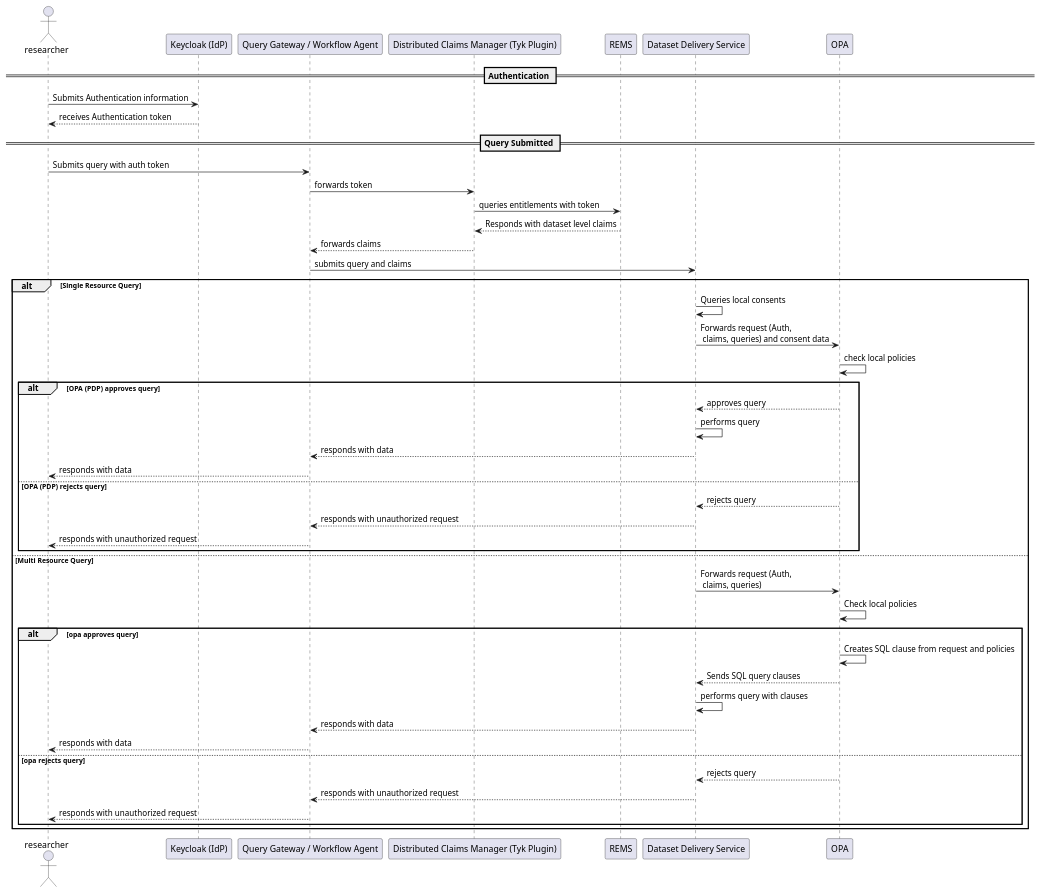
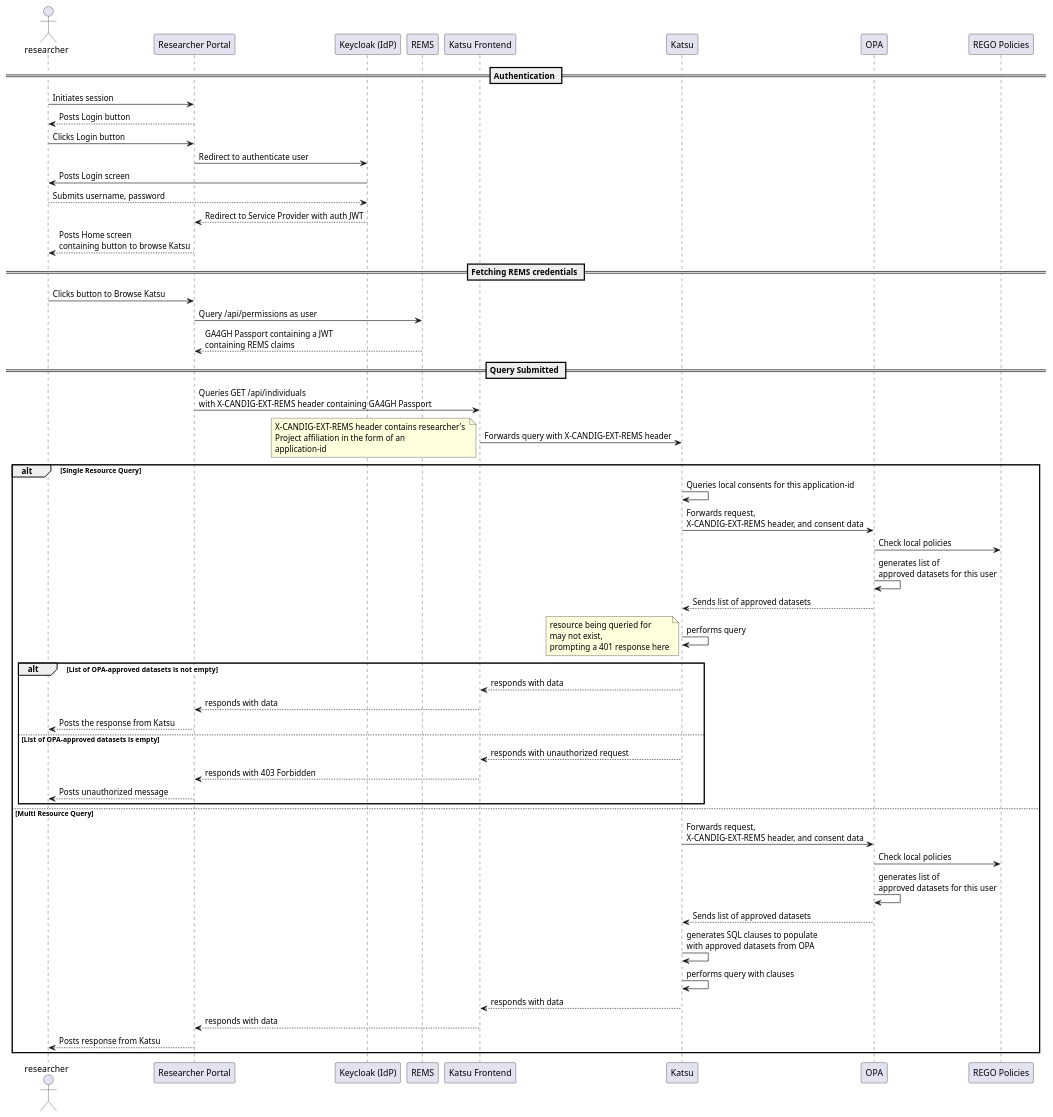
One commit to dycons/design changed the diagram in demo1/diagrams/researcher_query.md. Above: the diagram before and after it, drawn with PlantUML. The commit also changed other lines of this file, not shown here.

Commit message:
Update seq diagram for researcher query to be specific to demo-1 implementation

```diff
--- a/demo1/diagrams/researcher_query.md
+++ b/demo1/diagrams/researcher_query.md
@@ -5,61 +5,73 @@
 @startuml
 actor researcher
-participant "Keycloak (IdP)" as KC
-participant "Query Gateway / Workflow Agent" as tyk
-participant "Distributed Claims Manager (Tyk Plugin)" as tykplug
+participant "Researcher Portal" as rp
+participant "Keycloak (IdP)" as kc
 participant "REMS" as rems
-participant "Dataset Delivery Service" as dds
+participant "Katsu Frontend" as kf
+participant "Katsu" as katsu
 participant "OPA" as opa
+participant "REGO Policies" as rego
 
 == Authentication ==
 
-researcher -> KC : Submits Authentication information
-KC --> researcher : receives Authentication token
+researcher -> rp : Initiates session
+rp --> researcher : Posts Login button
+researcher -> rp : Clicks Login button
+rp -> kc : Redirect to authenticate user
+kc -> researcher : Posts Login screen
+researcher --> kc : Submits username, password
+kc --> rp : Redirect to Service Provider with auth JWT
+rp --> researcher : Posts Home screen \ncontaining button to browse Katsu
+
+== Fetching REMS credentials ==
+
+researcher -> rp : Clicks button to Browse Katsu
+rp -> rems : Query /api/permissions as user
+rems --> rp : GA4GH Passport containing a JWT \ncontaining REMS claims
 
 == Query Submitted ==
 
-researcher -> tyk : Submits query with auth token
-tyk -> tykplug : forwards token
-tykplug -> rems : queries entitlements with token
-rems --> tykplug : Responds with dataset level claims
-tykplug --> tyk: forwards claims
-tyk -> dds: submits query and claims
+rp -> kf : Queries GET /api/individuals \nwith X-CANDIG-EXT-REMS header containing GA4GH Passport
+kf -> katsu: Forwards query with X-CANDIG-EXT-REMS header
+note left: X-CANDIG-EXT-REMS header contains researcher's \nProject affiliation in the form of an \napplication-id
 
 alt Single Resource Query
 
-  dds -> dds: Queries local consents
-  dds -> opa : Forwards request (Auth,\n claims, queries) and consent data
-  opa -> opa : check local policies
+  katsu -> katsu: Queries local consents for this application-id
+  katsu -> opa : Forwards request, \nX-CANDIG-EXT-REMS header, and consent data
+  opa -> rego : Check local policies
 
-  alt OPA (PDP) approves query
-    opa --> dds: approves query
-    dds -> dds: performs query
-    dds --> tyk: responds with data
-    tyk --> researcher: responds with data
 
-  else OPA (PDP) rejects query
-    opa --> dds: rejects query
-    dds --> tyk: responds with unauthorized request
-    tyk --> researcher: responds with unauthorized request
+  opa -> opa: generates list of \napproved datasets for this user
+  opa --> katsu: Sends list of approved datasets
+  katsu -> katsu: performs query
+  note left: resource being queried for \nmay not exist, \nprompting a 401 response here
+
+  alt List of OPA-approved datasets is not empty
+    katsu --> kf: responds with data
+    kf --> rp: responds with data
+    rp --> researcher: Posts the response from Katsu
+
+  else List of OPA-approved datasets is empty
+    katsu --> kf: responds with unauthorized request
+    kf --> rp: responds with 403 Forbidden
+    rp --> researcher: Posts unauthorized message
   end
 	
 else Multi Resource Query
 
-  dds -> opa : Forwards request (Auth,\n claims, queries)
-  opa -> opa : Check local policies
+  katsu -> opa : Forwards request, \nX-CANDIG-EXT-REMS header, and consent data
+  opa -> rego : Check local policies
 
-  alt opa approves query
-    opa -> opa: Creates SQL clause from request and policies
-    opa --> dds: Sends SQL query clauses
-    dds -> dds: performs query with clauses
-    dds --> tyk: responds with data
-    tyk --> researcher: responds with data
+  opa -> opa: generates list of \napproved datasets for this user
+  opa --> katsu: Sends list of approved datasets
+  katsu -> katsu : generates SQL clauses to populate \nwith approved datasets from OPA
+  katsu -> katsu: performs query with clauses
+  katsu --> kf: responds with data
+  kf --> rp: responds with data
 
-  else opa rejects query
-    opa --> dds: rejects query
-    dds --> tyk: responds with unauthorized request
-    tyk --> researcher: responds with unauthorized request
-  end
+
+  rp --> researcher: Posts response from Katsu
 
 end
 @enduml
```
